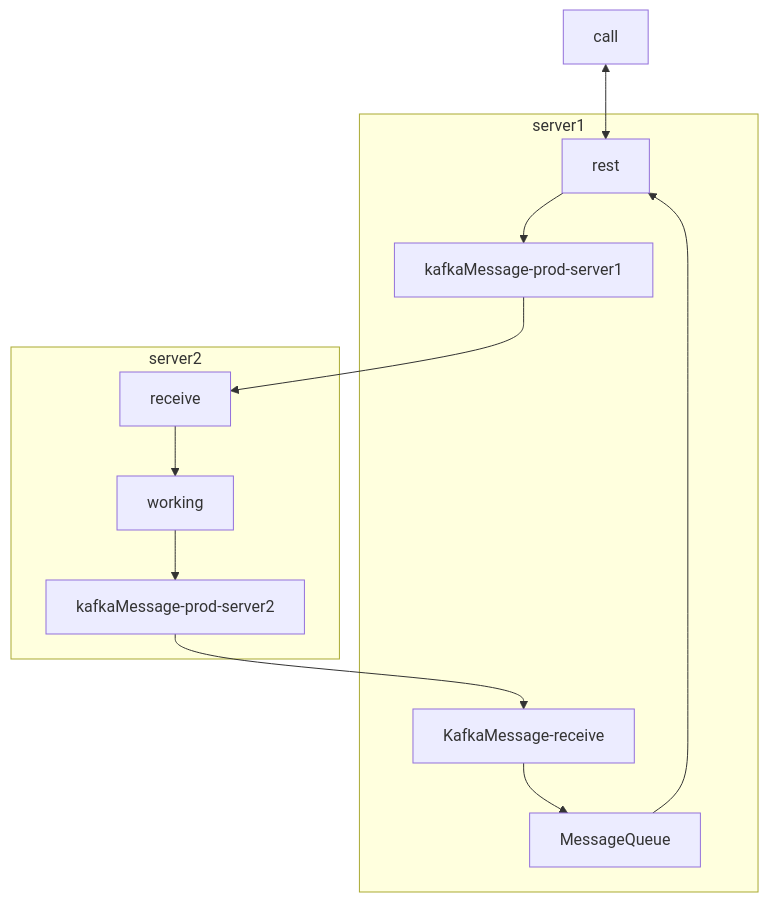
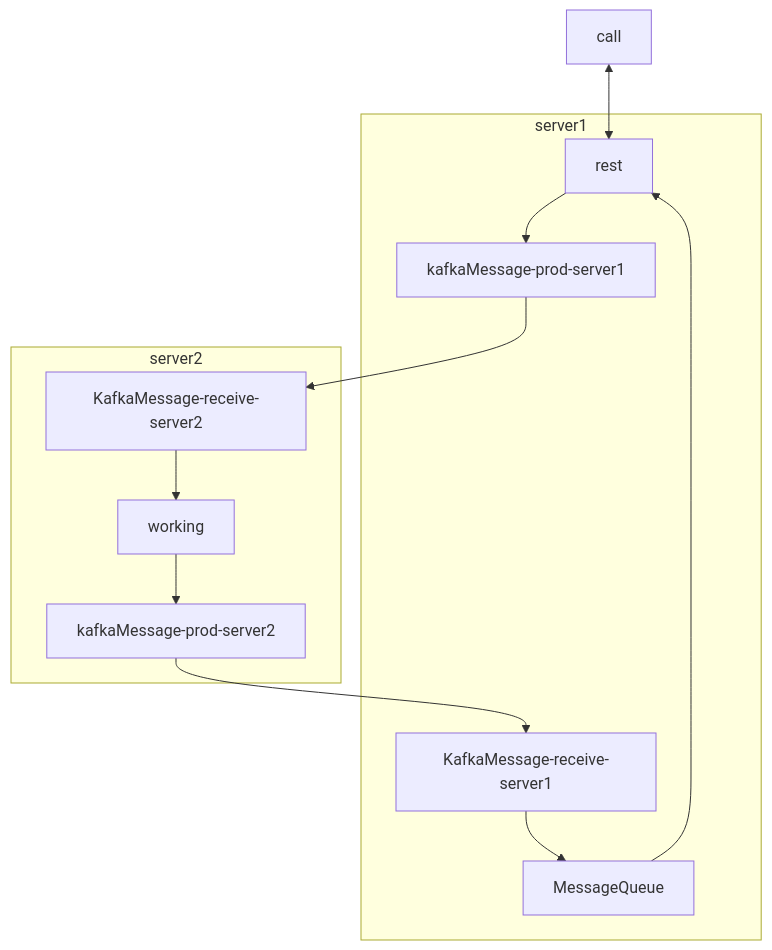
Before and after one commit to starlog/rest-kafka-demo: the diagram in README.md, drawn with Mermaid.

````diff
--- a/README.md
+++ b/README.md
@@ -5,15 +5,15 @@
 ```mermaid
 flowchart TB
     call<-->rest
     subgraph server1
     rest--> kafkaMessage-prod-server1
-    KafkaMessage-receive-->MessageQueue
+    KafkaMessage-receive-server1-->MessageQueue
     MessageQueue --> rest
     end
     subgraph server2
-    kafkaMessage-prod-server1 --> receive
-    receive-->working 
+    kafkaMessage-prod-server1 --> KafkaMessage-receive-server2
+    KafkaMessage-receive-server2-->working 
     working --> kafkaMessage-prod-server2
-    kafkaMessage-prod-server2 --> KafkaMessage-receive
+    kafkaMessage-prod-server2 --> KafkaMessage-receive-server1
     end
 ```
````
